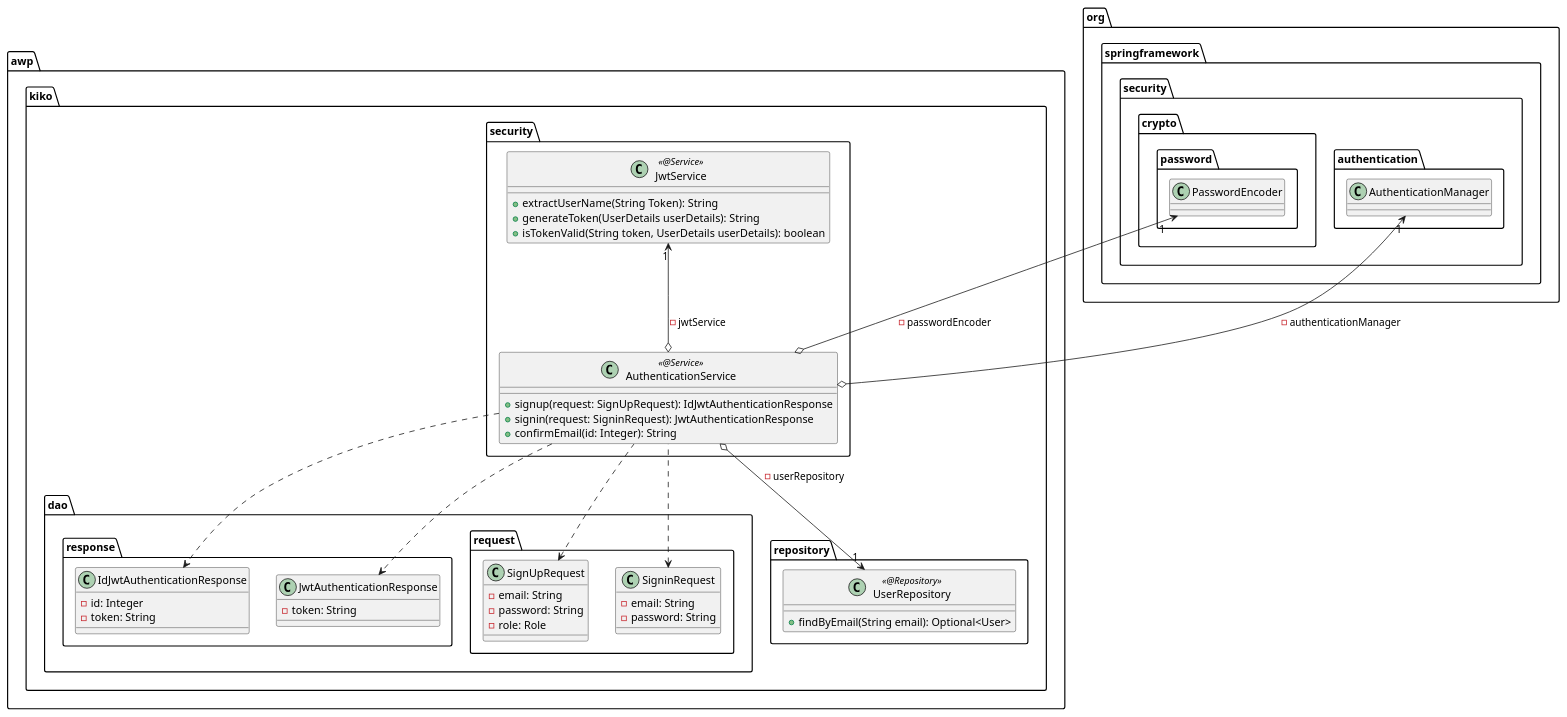
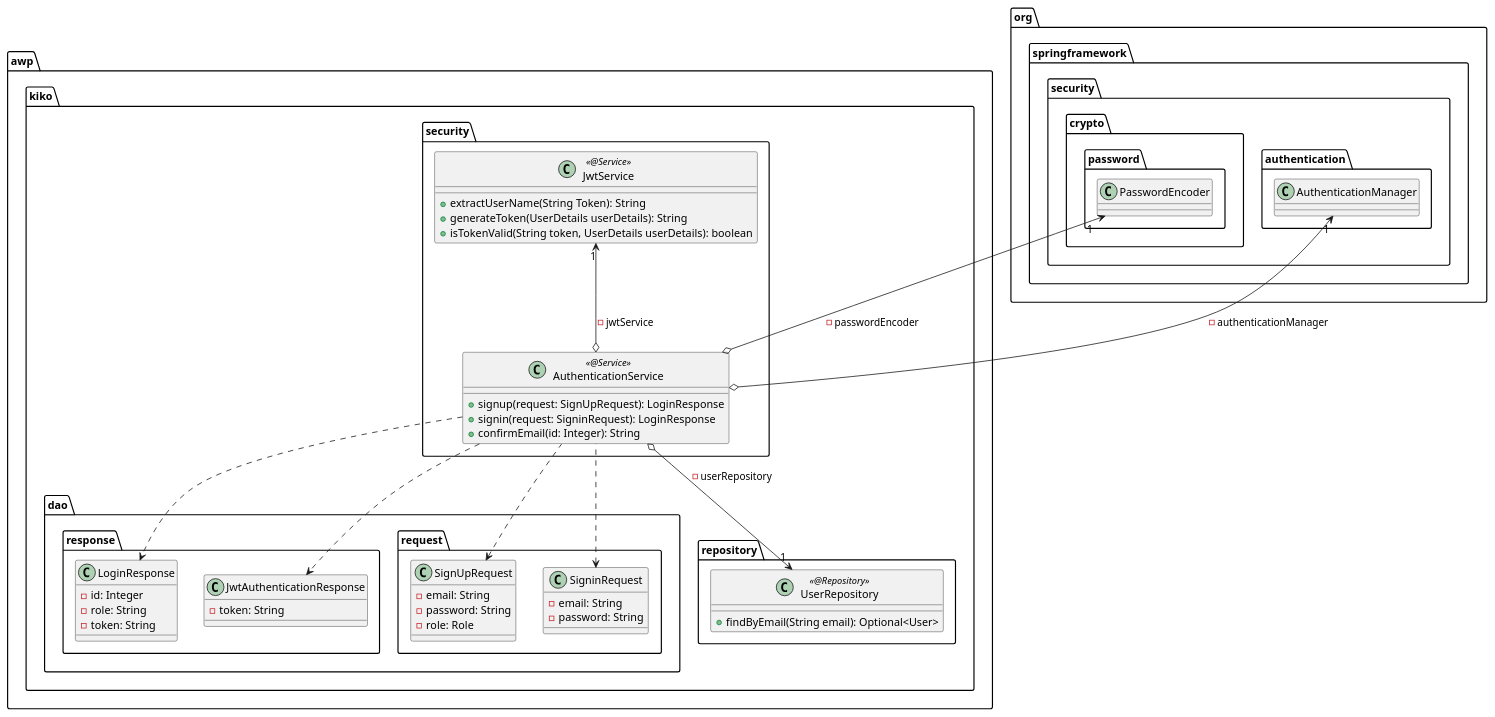
The diagram in backend/.extras/doc/AuthenticationService.plantuml (GoldHeartsRE/kiko), drawn with PlantUML before and after one commit. The commit also changed 5 other files, not shown here.

Commit message:
Rolle aus dem Token wieder raus genommen und in den LoginResponse eingefügt.

```diff
--- a/backend/.extras/doc/AuthenticationService.plantuml
+++ b/backend/.extras/doc/AuthenticationService.plantuml
@@ -1,69 +1,70 @@
 @startuml AuthenticationService
 
 package awp.kiko.security {
     class AuthenticationService <<@Service>> {
-        + signup(request: SignUpRequest): IdJwtAuthenticationResponse
-        + signin(request: SigninRequest): JwtAuthenticationResponse
+        + signup(request: SignUpRequest): LoginResponse
+        + signin(request: SigninRequest): LoginResponse
         + confirmEmail(id: Integer): String
     }
 
     class JwtService <<@Service>> {
         + extractUserName(String Token): String
         + generateToken(UserDetails userDetails): String
         + isTokenValid(String token, UserDetails userDetails): boolean
     }
 }
 
 package awp.kiko.dao.request {
     class SignUpRequest {
         - email: String
         - password: String
         - role: Role
     }
 
     class SigninRequest {
         - email: String
         - password: String
     }
 }
 
 package awp.kiko.dao.response {
-    class IdJwtAuthenticationResponse {
+    class LoginResponse {
         - id: Integer
+        - role: String
         - token: String
     }
 
     class JwtAuthenticationResponse {
         - token: String
     }
 }
 
 package awp.kiko.repository {
     class UserRepository <<@Repository>> {
         + findByEmail(String email): Optional<User>
     }
 }
 
 package org.springframework.security {
     package crypto.password {
         class PasswordEncoder {
         }
     }
     package authentication {
         class AuthenticationManager {
 
         }
     }
 }
 
 AuthenticationService o-down-> "1" UserRepository: - userRepository
 AuthenticationService o-up-> "1" PasswordEncoder: - passwordEncoder
 AuthenticationService o-up-> "1" JwtService: - jwtService
 AuthenticationService o-up-> "1" AuthenticationManager: - authenticationManager
 AuthenticationService .left.> SignUpRequest
 AuthenticationService .left.> SigninRequest
 AuthenticationService ..> JwtAuthenticationResponse
-AuthenticationService ..> IdJwtAuthenticationResponse
+AuthenticationService ..> LoginResponse
 
 
 @enduml
```
